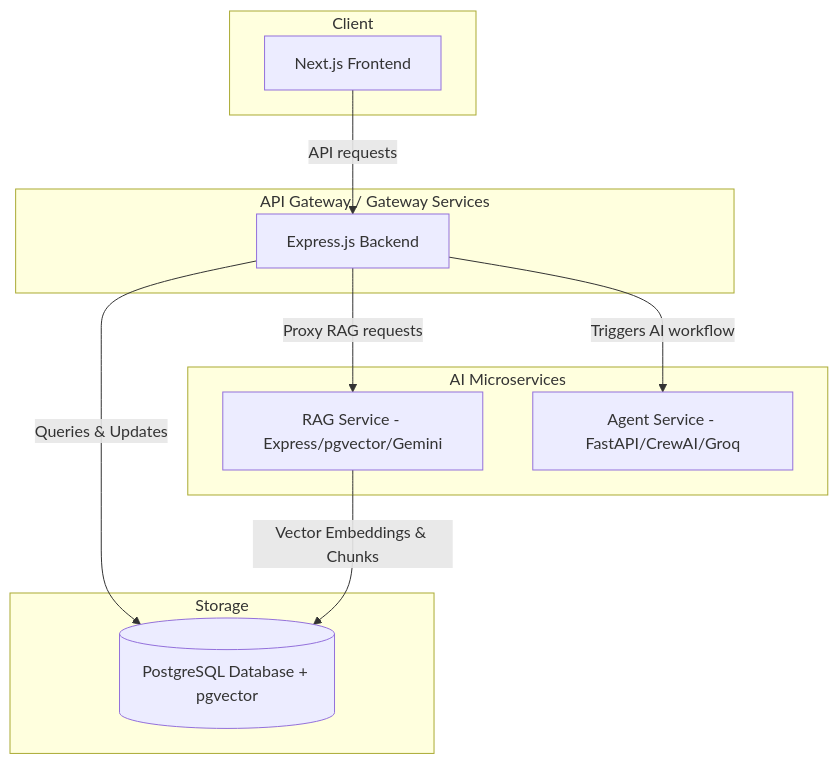
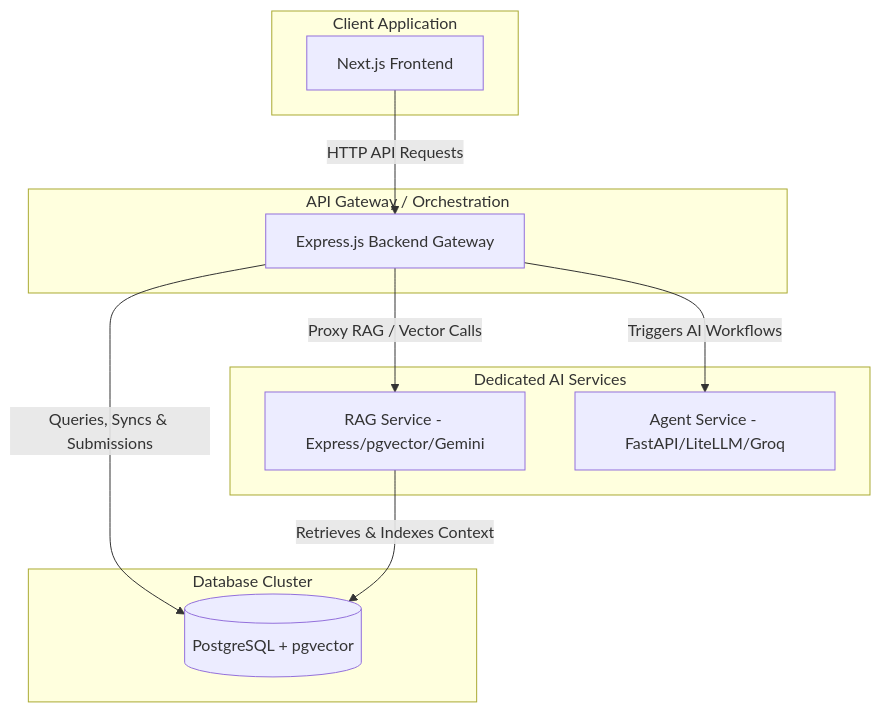
Before and after one commit to Haseebx162006/looplab-hackathon-2: the diagram in README.md, drawn with Mermaid. The commit also changed other lines of this file, not shown here.

````diff
--- a/README.md
+++ b/README.md
@@ -9,25 +11,25 @@
 ```mermaid
 graph TD
-    subgraph Client
+    subgraph Client Application
         FE[Next.js Frontend]
     end
 
-    subgraph API Gateway / Gateway Services
-        BE[Express.js Backend]
+    subgraph API Gateway / Orchestration
+        BE[Express.js Backend Gateway]
     end
 
-    subgraph AI Microservices
+    subgraph Dedicated AI Services
         RAG[RAG Service - Express/pgvector/Gemini]
-        AGT[Agent Service - FastAPI/CrewAI/Groq]
+        AGT[Agent Service - FastAPI/LiteLLM/Groq]
     end
 
-    subgraph Storage
-        DB[(PostgreSQL Database + pgvector)]
+    subgraph Database Cluster
+        DB[(PostgreSQL + pgvector)]
     end
 
-    FE -->|API requests| BE
-    BE -->|Proxy RAG requests| RAG
-    BE -->|Triggers AI workflow| AGT
-    BE -->|Queries & Updates| DB
-    RAG -->|Vector Embeddings & Chunks| DB
+    FE -->|HTTP API Requests| BE
+    BE -->|Proxy RAG / Vector Calls| RAG
+    BE -->|Triggers AI Workflows| AGT
+    BE -->|Queries, Syncs & Submissions| DB
+    RAG -->|Retrieves & Indexes Context| DB
 ```
````
